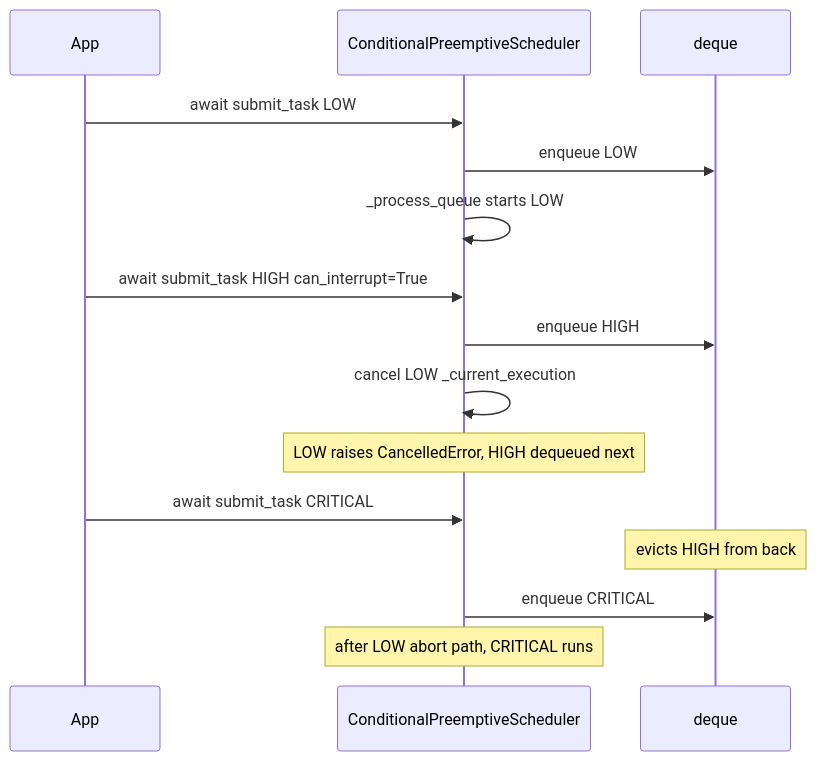
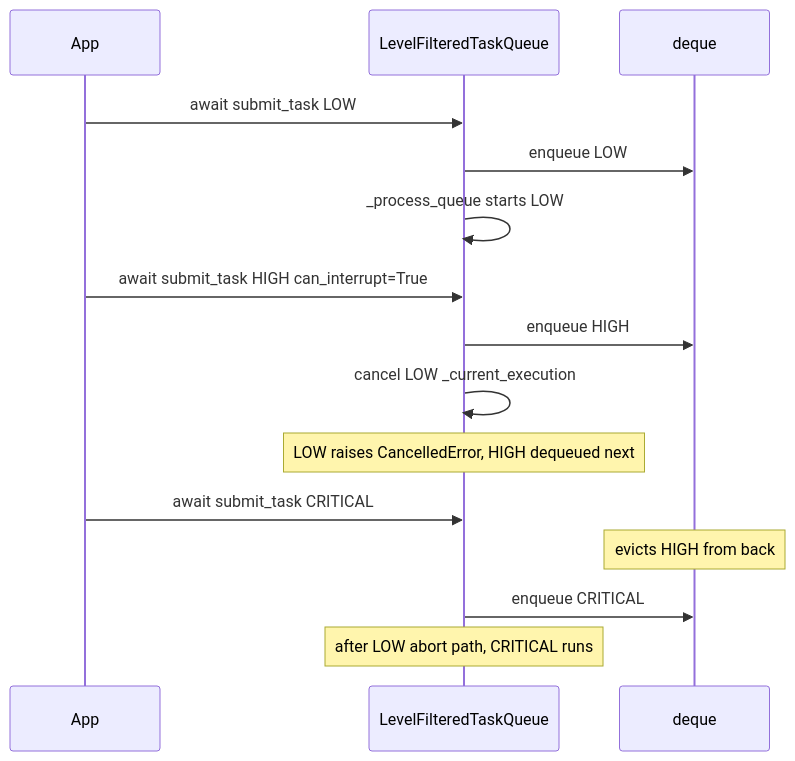
The eighth of 9 diagrams in .cursor/plans/system_architecture_workflow_b2d79ca7.plan.md (scoville/test_filter_queue), drawn with Mermaid before and after one commit. The commit also changed other lines of this file and 3 other files, not shown here.

````diff
--- a/.cursor/plans/system_architecture_workflow_b2d79ca7.plan.md
+++ b/.cursor/plans/system_architecture_workflow_b2d79ca7.plan.md
@@ -287,21 +289,21 @@
 ```mermaid
 sequenceDiagram
     participant App
-    participant Scheduler as ConditionalPreemptiveScheduler
-    participant Queue as deque
+    participant Queue as LevelFilteredTaskQueue
+    participant Deque as deque
 
-    App->>Scheduler: await submit_task LOW
-    Scheduler->>Queue: enqueue LOW
-    Scheduler->>Scheduler: _process_queue starts LOW
+    App->>Queue: await submit_task LOW
+    Queue->>Deque: enqueue LOW
+    Queue->>Queue: _process_queue starts LOW
 
-    App->>Scheduler: await submit_task HIGH can_interrupt=True
-    Scheduler->>Queue: enqueue HIGH
-    Scheduler->>Scheduler: cancel LOW _current_execution
-    Note over Scheduler: LOW raises CancelledError, HIGH dequeued next
+    App->>Queue: await submit_task HIGH can_interrupt=True
+    Queue->>Deque: enqueue HIGH
+    Queue->>Queue: cancel LOW _current_execution
+    Note over Queue: LOW raises CancelledError, HIGH dequeued next
 
-    App->>Scheduler: await submit_task CRITICAL
-    Note over Queue: evicts HIGH from back
-    Scheduler->>Queue: enqueue CRITICAL
+    App->>Queue: await submit_task CRITICAL
+    Note over Deque: evicts HIGH from back
+    Queue->>Deque: enqueue CRITICAL
 
-    Note over Scheduler: after LOW abort path, CRITICAL runs
+    Note over Queue: after LOW abort path, CRITICAL runs
 ```
````
